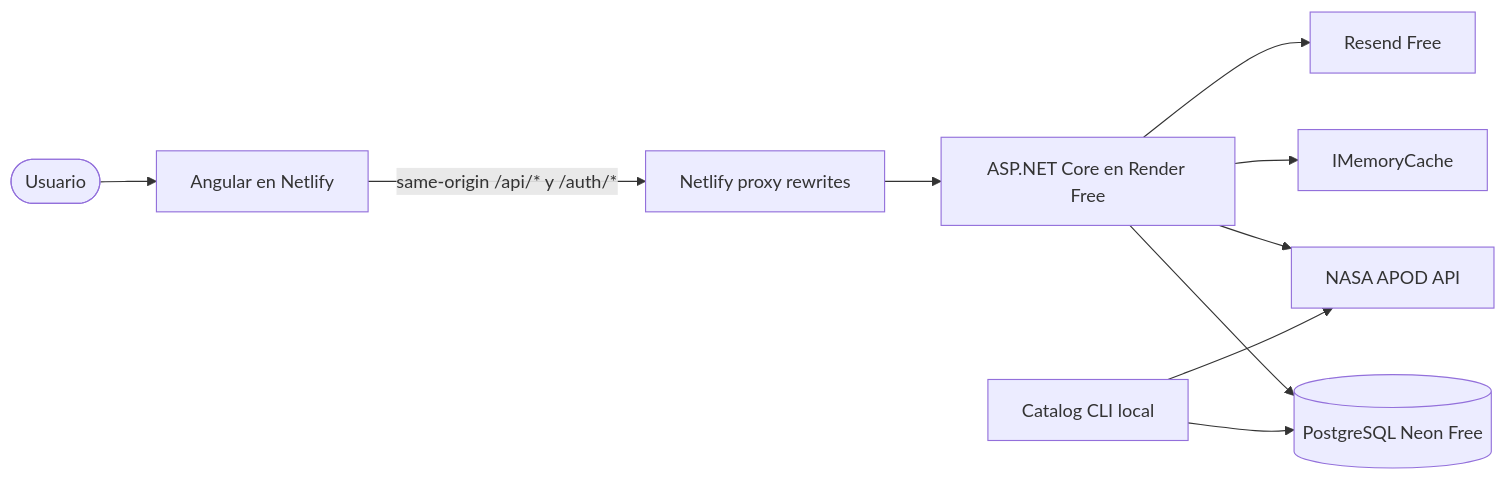
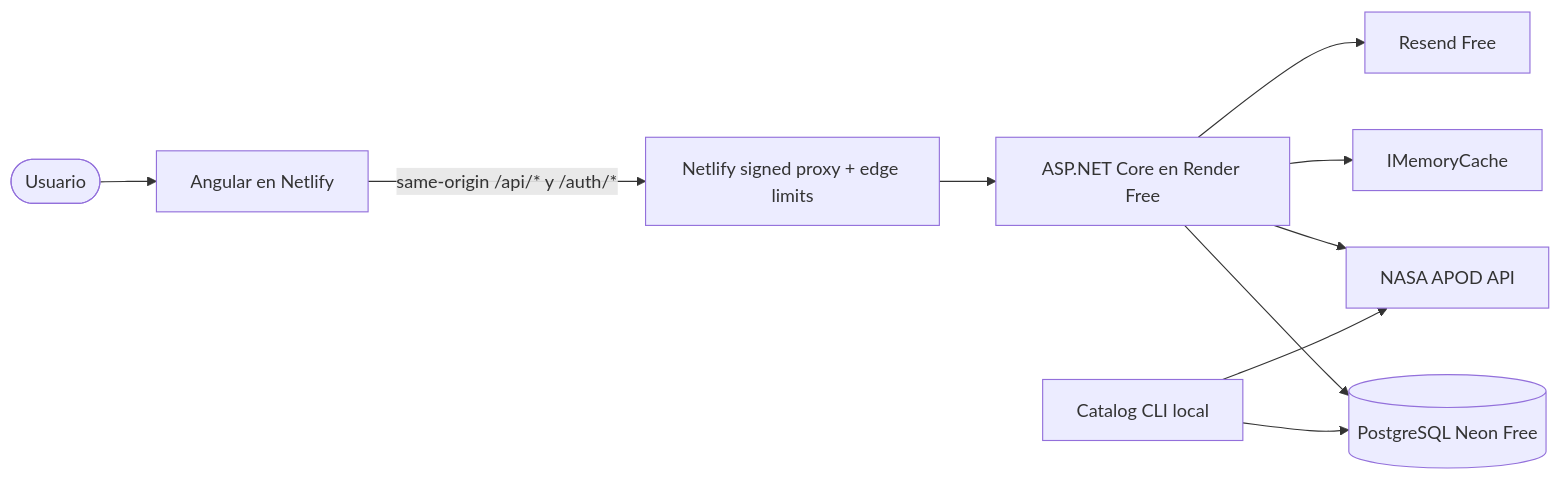
Before and after one commit to VCinthia/Astronomy-Picture-Explorer: the first of 11 diagrams in docs/architecture/p3-flow-overview.md, drawn with Mermaid. The commit also changed other lines of this file and 24 other files, not shown here.

````diff
--- a/docs/architecture/p3-flow-overview.md
+++ b/docs/architecture/p3-flow-overview.md
@@ -12,12 +12,12 @@
 ```mermaid
 flowchart LR
     U([Usuario]) --> FE["Angular en Netlify"]
-    FE -->|"same-origin /api/* y /auth/*"| NP["Netlify proxy rewrites"]
+    FE -->|"same-origin /api/* y /auth/*"| NP["Netlify signed proxy + edge limits"]
     NP --> API["ASP.NET Core en Render Free"]
     API --> DB[("PostgreSQL Neon Free")]
     API --> MEM["IMemoryCache"]
     API --> NASA["NASA APOD API"]
     API --> EMAIL["Resend Free"]
     CLI["Catalog CLI local"] --> NASA
     CLI --> DB
 ```
````
